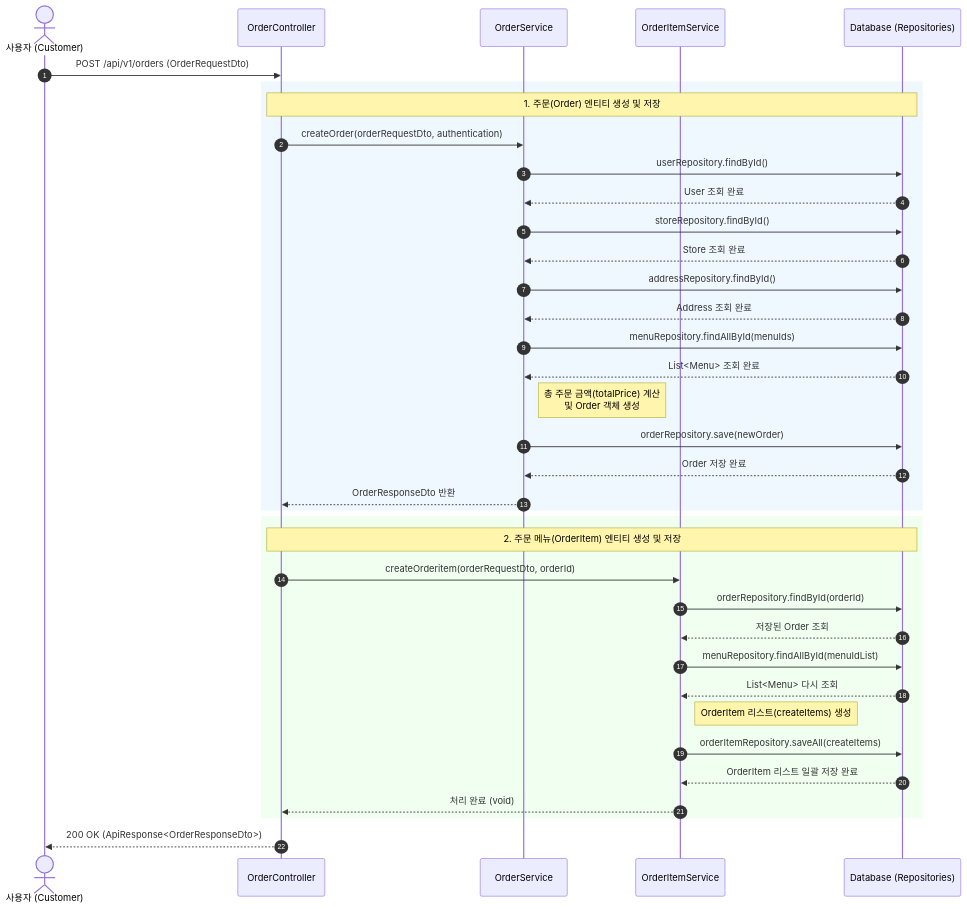
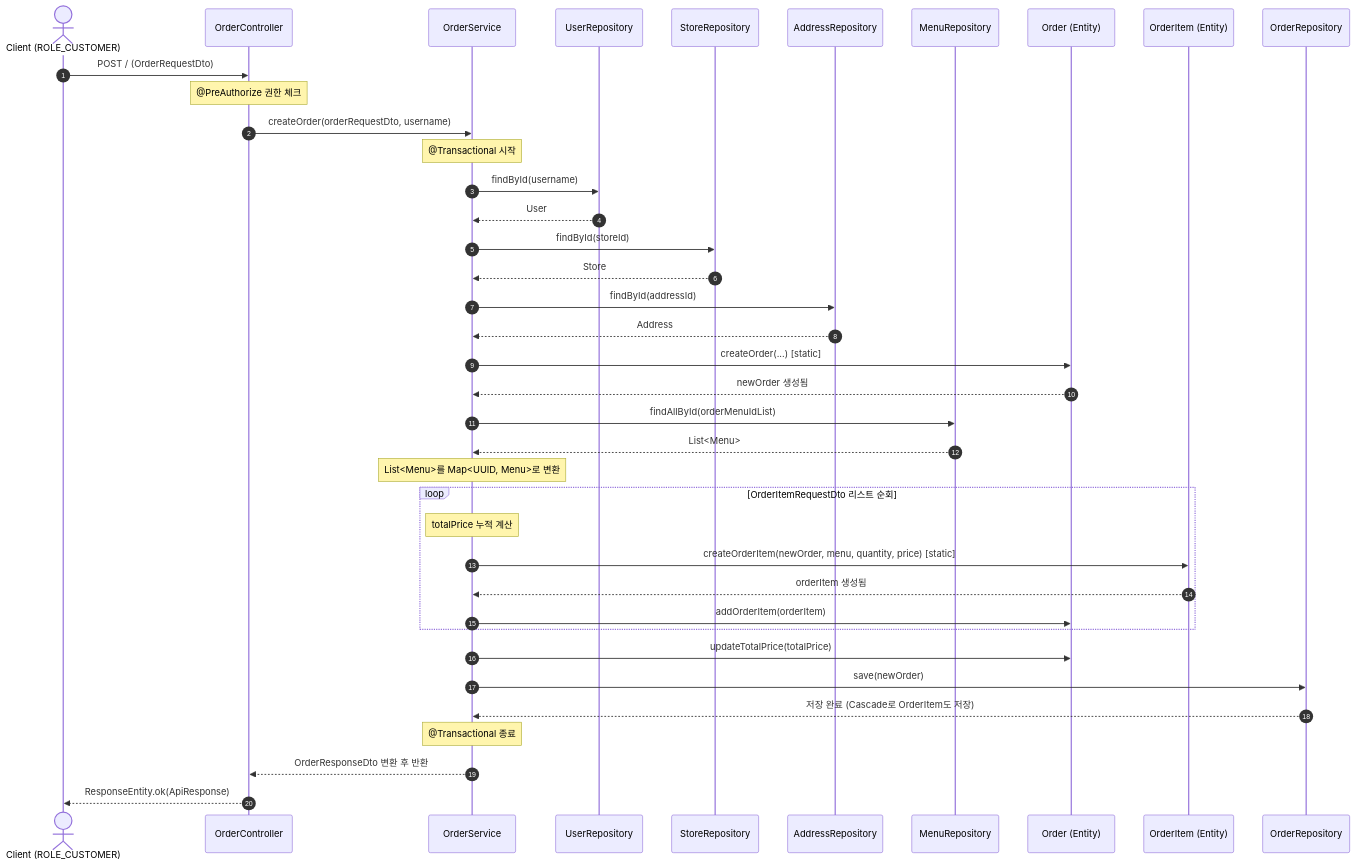
The diagram in docs/sequence/order/order-create.md (wlsdlf2/delivery-order-platform), drawn with Mermaid before and after one commit. The commit also changed other lines of this file, not shown here.

Commit message:
260430-14:26-fix 주문 생성 시퀀스 다이어그램 수정

````diff
--- a/docs/sequence/order/order-create.md
+++ b/docs/sequence/order/order-create.md
@@ -72,47 +78,52 @@
 ```mermaid
 sequenceDiagram
     autonumber
-    actor Client as 사용자 (Customer)
+    actor Customer as Client (ROLE_CUSTOMER)
     participant Controller as OrderController
-    participant OrderSvc as OrderService
-    participant ItemSvc as OrderItemService
-    participant DB as Database (Repositories)
+    participant Service as OrderService
+    participant UserRepo as UserRepository
+    participant StoreRepo as StoreRepository
+    participant AddressRepo as AddressRepository
+    participant MenuRepo as MenuRepository
+    participant Order as Order (Entity)
+    participant OrderItem as OrderItem (Entity)
+    participant OrderRepo as OrderRepository
 
-    Client->>Controller: POST /api/v1/orders (OrderRequestDto)
+    Customer->>Controller: POST / (OrderRequestDto)
+    Note over Controller: @PreAuthorize 권한 체크
+    Controller->>Service: createOrder(orderRequestDto, username)
     
-    rect rgb(240, 248, 255)
-    Note over Controller, DB: 1. 주문(Order) 엔티티 생성 및 저장
-    Controller->>OrderSvc: createOrder(orderRequestDto, authentication)
-    OrderSvc->>DB: userRepository.findById()
-    DB-->>OrderSvc: User 조회 완료
-    OrderSvc->>DB: storeRepository.findById()
-    DB-->>OrderSvc: Store 조회 완료
-    OrderSvc->>DB: addressRepository.findById()
-    DB-->>OrderSvc: Address 조회 완료
-    OrderSvc->>DB: menuRepository.findAllById(menuIds)
-    DB-->>OrderSvc: List<Menu> 조회 완료
+    Note over Service: @Transactional 시작
+    Service->>UserRepo: findById(username)
+    UserRepo-->>Service: User
     
-    Note right of OrderSvc: 총 주문 금액(totalPrice) 계산<br/>및 Order 객체 생성
+    Service->>StoreRepo: findById(storeId)
+    StoreRepo-->>Service: Store
     
-    OrderSvc->>DB: orderRepository.save(newOrder)
-    DB-->>OrderSvc: Order 저장 완료
-    OrderSvc-->>Controller: OrderResponseDto 반환
+    Service->>AddressRepo: findById(addressId)
+    AddressRepo-->>Service: Address
+    
+    Service->>Order: createOrder(...) [static]
+    Order-->>Service: newOrder 생성됨
+    
+    Service->>MenuRepo: findAllById(orderMenuIdList)
+    MenuRepo-->>Service: List<Menu>
+    
+    Note over Service: List<Menu>를 Map<UUID, Menu>로 변환
+    
+    loop OrderItemRequestDto 리스트 순회
+        Note over Service: totalPrice 누적 계산
+        Service->>OrderItem: createOrderItem(newOrder, menu, quantity, price) [static]
+        OrderItem-->>Service: orderItem 생성됨
+        Service->>Order: addOrderItem(orderItem)
     end
-
-    rect rgb(240, 255, 240)
-    Note over Controller, DB: 2. 주문 메뉴(OrderItem) 엔티티 생성 및 저장
-    Controller->>ItemSvc: createOrderitem(orderRequestDto, orderId)
-    ItemSvc->>DB: orderRepository.findById(orderId)
-    DB-->>ItemSvc: 저장된 Order 조회
-    ItemSvc->>DB: menuRepository.findAllById(menuIdList)
-    DB-->>ItemSvc: List<Menu> 다시 조회
     
-    Note right of ItemSvc: OrderItem 리스트(createItems) 생성
+    Service->>Order: updateTotalPrice(totalPrice)
     
-    ItemSvc->>DB: orderItemRepository.saveAll(createItems)
-    DB-->>ItemSvc: OrderItem 리스트 일괄 저장 완료
-    ItemSvc-->>Controller: 처리 완료 (void)
-    end
-
-    Controller-->>Client: 200 OK (ApiResponse<OrderResponseDto>)
+    Service->>OrderRepo: save(newOrder)
+    OrderRepo-->>Service: 저장 완료 (Cascade로 OrderItem도 저장)
+    Note over Service: @Transactional 종료
+    
+    Service-->>Controller: OrderResponseDto 변환 후 반환
+    Controller-->>Customer: ResponseEntity.ok(ApiResponse)
 ```
````
